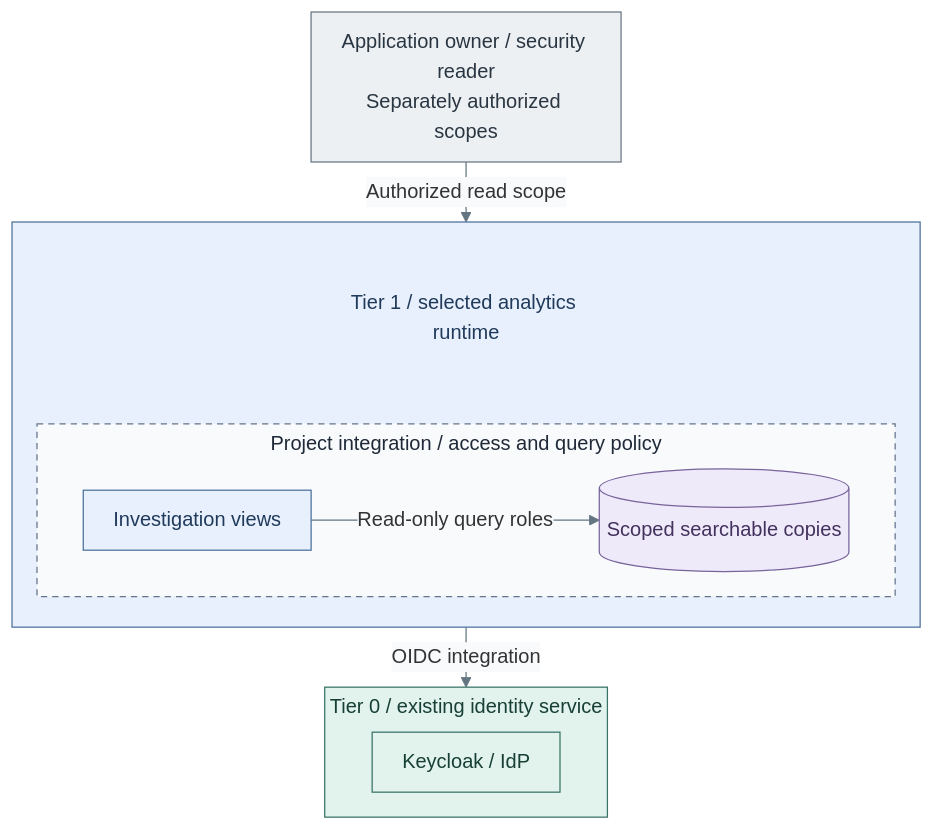
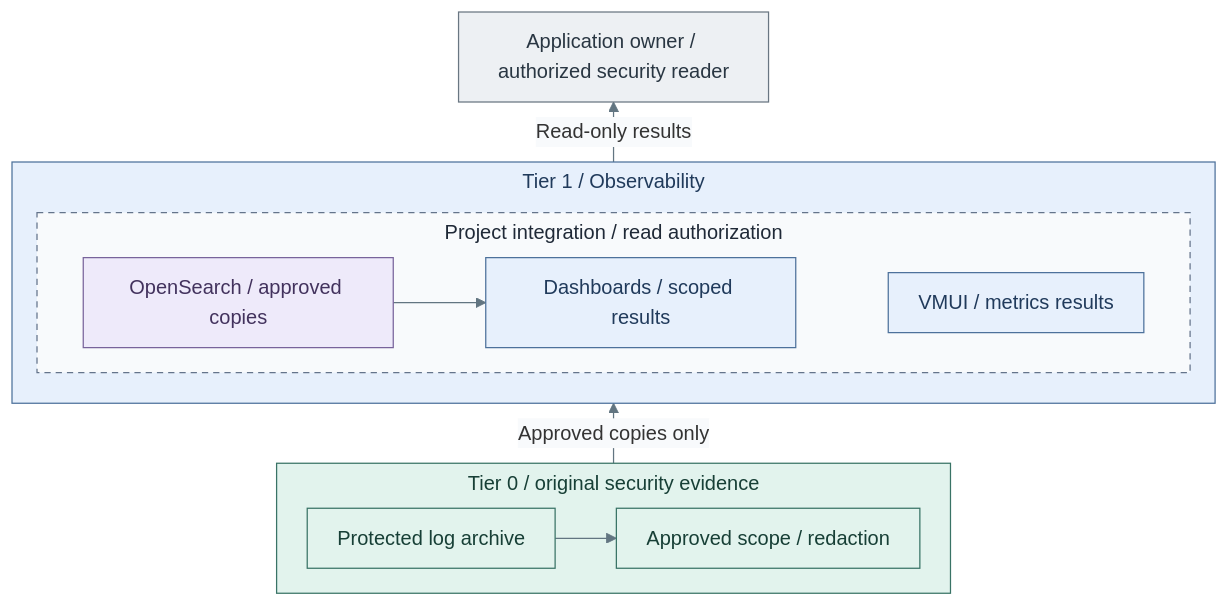
The third of 3 diagrams in docs/deployment/stage-5-delivery/analytics.md (Rexus/homelab), drawn with Mermaid before and after one commit. The commit also changed other lines of this file and 34 other files, not shown here.

````diff
--- a/docs/deployment/stage-5-delivery/analytics.md
+++ b/docs/deployment/stage-5-delivery/analytics.md
@@ -105,34 +144,34 @@
 ```mermaid
 %%{init: {"theme":"base","flowchart":{"nodeSpacing":20,"rankSpacing":24,"padding":12,"subGraphTitleMargin":{"top":4,"bottom":12}},"themeVariables":{"lineColor":"#627581","edgeLabelBackground":"#f8fafc"}}}%%
-flowchart TB
-  App["Application owner / security reader<br/>Separately authorized scopes"]
-  subgraph T1[" "]
-    direction TB
-    T1Title["Tier 1 / selected analytics runtime"]
-    subgraph Project["Project integration / access and query policy"]
+flowchart BT
+  subgraph T0["Tier 0 / original security evidence"]
+    direction LR
+    Evidence["Protected log archive"]
+    Export["Approved scope / redaction"]
+    Evidence --> Export
+  end
+  subgraph T1["Tier 1 / Observability"]
+    subgraph Project["Project integration / read authorization"]
       direction LR
-      UI["Investigation views"]
-      Copies[("Scoped searchable copies")]
-      UI -->|Read-only query roles| Copies
+      Copies["OpenSearch / approved copies"]
+      UI["Dashboards / scoped results"]
+      Metrics["VMUI / metrics results"]
+      Copies --> UI
+      UI ~~~ Metrics
     end
-    T1Title ~~~ Project
   end
-  subgraph T0["Tier 0 / existing identity service"]
-    Auth["Keycloak / IdP"]
-  end
-  App -->|Authorized read scope| T1
-  T1 -->|OIDC integration| T0
+  Reader["Application owner / authorized security reader"]
+  T0 -->|Approved copies only| T1
+  T1 -->|Read-only results| Reader
   classDef default fill:#f8fafc,stroke:#64748b,color:#1f2937
   classDef control fill:#e2f3ed,stroke:#397366,color:#173f36
   classDef services fill:#e7f0fc,stroke:#4d719b,color:#203a5b
-  classDef servicesHeading fill:#e7f0fc,stroke:#e7f0fc,color:#203a5b
-  classDef actor fill:#edf0f3,stroke:#697682,color:#293642
   classDef data fill:#eeeafa,stroke:#78639b,color:#42325d
   classDef replicas fill:#f8fafc,stroke:#64748b,color:#1f2937,stroke-dasharray:5 4
-  class T0,Auth control
-  class T1,UI services
-  class T1Title servicesHeading
-  class App actor
+  classDef actor fill:#edf0f3,stroke:#697682,color:#293642
+  class T0,Evidence,Export control
+  class T1,UI,Metrics services
   class Copies data
   class Project replicas
+  class Reader actor
 ```
````
